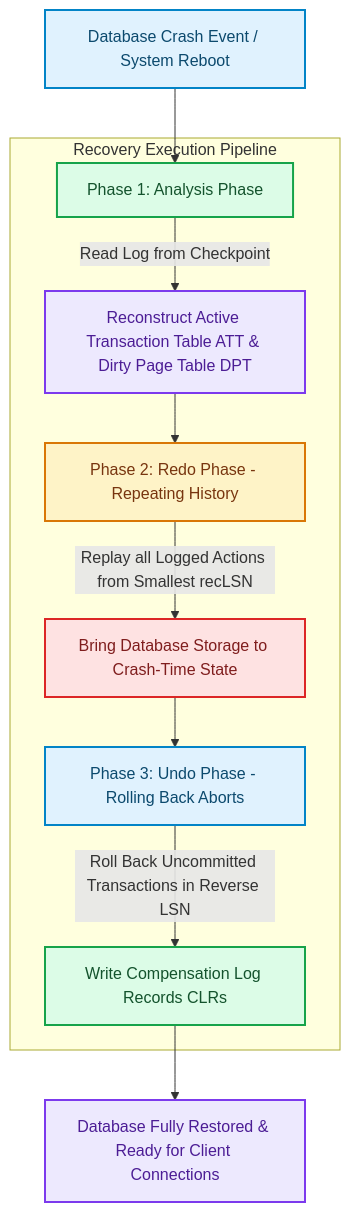
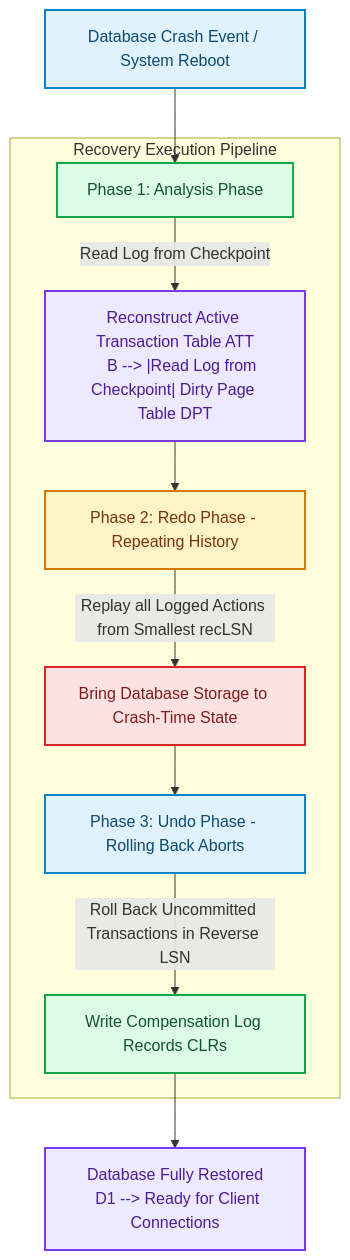
One commit to akmalkhaniub/akmalkhaniub.github.io changed the diagram in blog/posts/wal-recovery-algorithms-aries-protocol-storage-engines.md. Above: the diagram before and after it, drawn with Mermaid. The commit also changed other lines of this file and 894 other files, not shown here.

Commit message:
feat(blog): upgrade all 444 posts with unique staggered dates, 2-col Mermaid spines, benchmark tables, code blocks, and trade-offs

````diff
--- a/blog/posts/wal-recovery-algorithms-aries-protocol-storage-engines.md
+++ b/blog/posts/wal-recovery-algorithms-aries-protocol-storage-engines.md
@@ -17,25 +17,27 @@
 ```mermaid
 flowchart TD
   A["Database Crash Event / System Reboot"] --> B["Phase 1: Analysis Phase"]
   
   subgraph SG1_RecoveryExecutionPipeline ["Recovery Execution Pipeline"]
-    B -->|Read Log from Checkpoint| B1["Reconstruct Active Transaction Table ATT & Dirty Page Table DPT"]
+    B --> |Read Log from Checkpoint| B1["Reconstruct Active Transaction Table ATT
+    B --> |Read Log from Checkpoint| Dirty Page Table DPT"]
     B1 --> C["Phase 2: Redo Phase - Repeating History"]
     C -->|Replay all Logged Actions from Smallest recLSN| C1["Bring Database Storage to Crash-Time State"]
     C1 --> D["Phase 3: Undo Phase - Rolling Back Aborts"]
     D -->|Roll Back Uncommitted Transactions in Reverse LSN| D1["Write Compensation Log Records CLRs"]
   end
   
-  D1 --> E["Database Fully Restored & Ready for Client Connections"]
+  D1 --> E["Database Fully Restored
+  D1 --> Ready for Client Connections"]
 
 classDef green fill:#dcfce7,stroke:#16a34a,stroke-width:2px,color:#14532d;
 classDef red fill:#fee2e2,stroke:#dc2626,stroke-width:2px,color:#7f1d1d;
 classDef blue fill:#e0f2fe,stroke:#0284c7,stroke-width:2px,color:#0c4a6e;
 classDef yellow fill:#fef3c7,stroke:#d97706,stroke-width:2px,color:#78350f;
 classDef purple fill:#ede9fe,stroke:#7c3aed,stroke-width:2px,color:#4c1d95;
 class A,D blue
 class B,D1 green
 class B1,E purple
 class C yellow
 class C1 red
 ```
````
